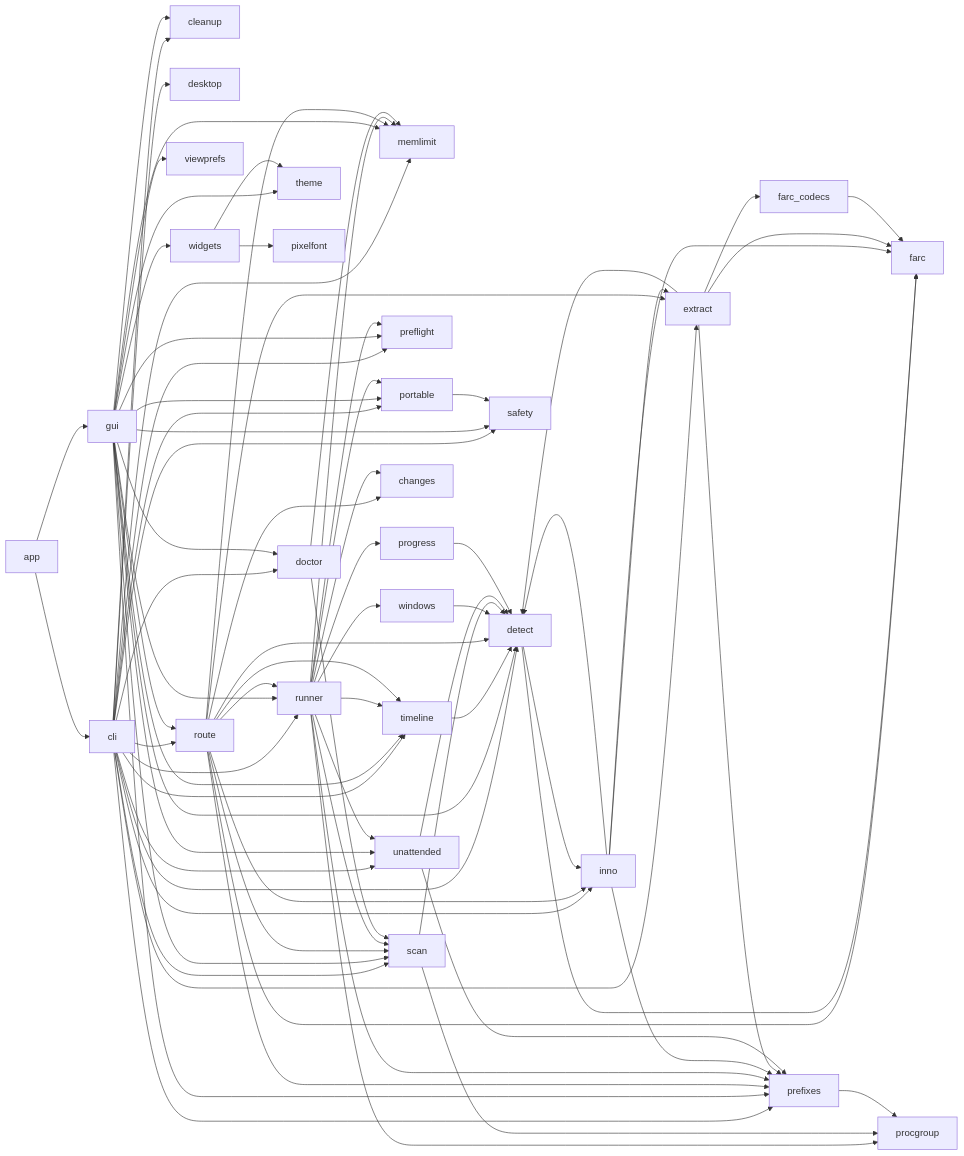
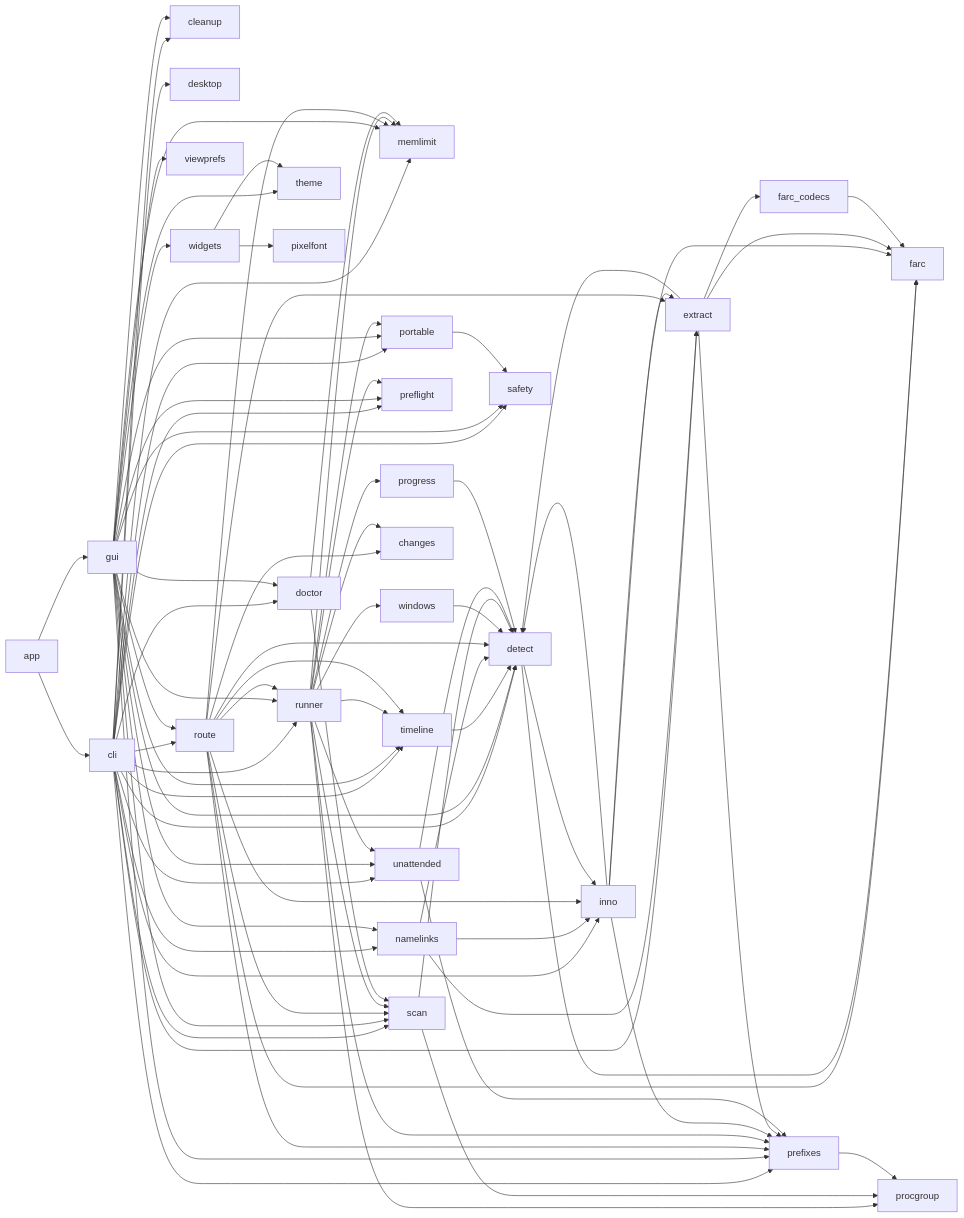
The second of 6 diagrams in docs/code-map.md (undecuple/gitfurl), drawn with Mermaid before and after one commit. The commit also changed other lines of this file and 10 other files, not shown here.

````diff
--- a/docs/code-map.md
+++ b/docs/code-map.md
@@ -58,23 +58,24 @@
 ```mermaid
 flowchart LR
   app --> cli & gui
-  cli --> cleanup & desktop & detect & doctor & extract & inno & memlimit & portable & prefixes & preflight & route & runner & safety & scan & timeline & unattended
-  gui --> cleanup & detect & doctor & memlimit & portable & prefixes & preflight & route & runner & safety & scan & theme & timeline & unattended & viewprefs & widgets
+  cli --> cleanup & desktop & detect & doctor & extract & inno & memlimit & namelinks & portable & prefixes & preflight & route & runner & safety & scan & timeline & unattended
+  gui --> cleanup & detect & doctor & memlimit & namelinks & portable & prefixes & preflight & route & runner & safety & scan & theme & timeline & unattended & viewprefs & widgets
   runner --> timeline
   route --> timeline
   timeline --> detect
+  namelinks --> detect & extract & inno
   widgets --> pixelfont & theme
   route --> changes & detect & extract & farc & inno & memlimit & prefixes & runner & scan
   runner --> changes & memlimit & portable & prefixes & preflight & procgroup & progress & scan & unattended & windows
   windows --> detect
   detect --> farc & inno
   inno --> detect & extract & farc & prefixes
   extract --> detect & farc & farc_codecs & prefixes
   farc_codecs --> farc
   doctor --> memlimit & scan
   scan --> detect & procgroup
   unattended --> detect & prefixes
   progress --> detect
   prefixes --> procgroup
   portable --> safety
 ```
````
